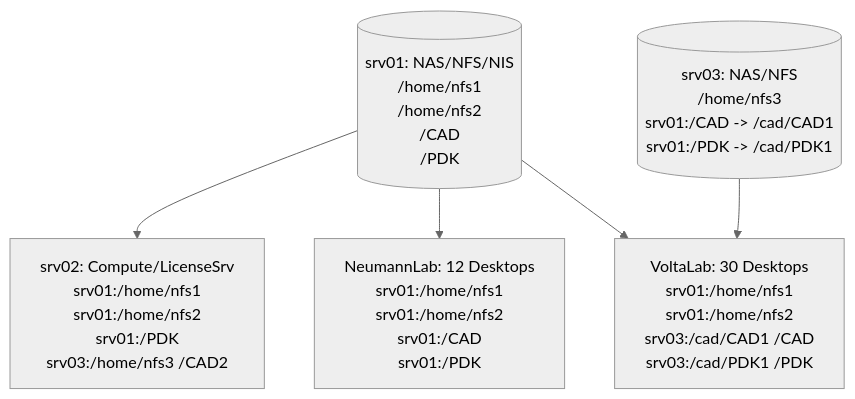
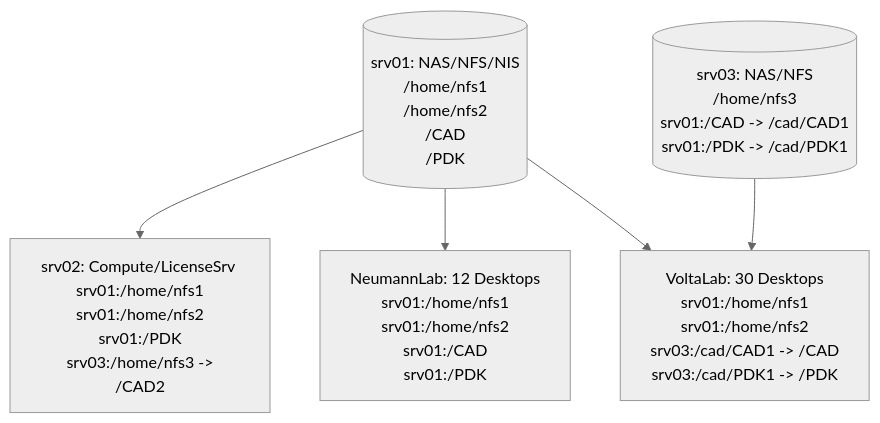
One commit to silicon-vlsi/silicon-vlsi.github.io changed the diagram in wiki/wiki-it.md. Above: the diagram before and after it, drawn with Mermaid (neutral theme).

````diff
--- a/wiki/wiki-it.md
+++ b/wiki/wiki-it.md
@@ -1287,20 +1287,20 @@
 ```mermaid
 
 graph TD;
 
   srv01[(srv01: NAS/NFS/NIS <br/> /home/nfs1 <br/> /home/nfs2 <br/> /CAD <br/> /PDK)];
 
   srv03[(srv03: NAS/NFS <br/> /home/nfs3 <br/> srv01:/CAD  -> /cad/CAD1 <br/> srv01:/PDK  -> /cad/PDK1)];
 
-  srv02[ srv02: Compute/LicenseSrv <br/> srv01:/home/nfs1 <br/> srv01:/home/nfs2 <br/> srv01:/PDK <br/> srv03:/home/nfs3  /CAD2 ];
+  srv02[ srv02: Compute/LicenseSrv <br/> srv01:/home/nfs1 <br/> srv01:/home/nfs2 <br/> srv01:/PDK <br/> srv03:/home/nfs3 -> /CAD2 ];
 
-  voltaLab[VoltaLab: 30 Desktops <br/> srv01:/home/nfs1 <br/>  srv01:/home/nfs2 <br/> srv03:/cad/CAD1  /CAD <br/> srv03:/cad/PDK1  /PDK ];
+  voltaLab[VoltaLab: 30 Desktops <br/> srv01:/home/nfs1 <br/>  srv01:/home/nfs2 <br/> srv03:/cad/CAD1 -> /CAD <br/> srv03:/cad/PDK1 -> /PDK ];
 
   neumannLab[NeumannLab: 12 Desktops <br/> srv01:/home/nfs1 <br/> srv01:/home/nfs2 <br/> srv01:/CAD <br/> srv01:/PDK ];
 
   srv01 --> srv02;
   srv01 --> neumannLab;
   srv01 --> voltaLab;
   srv03 --> voltaLab;
   
 ```
````
